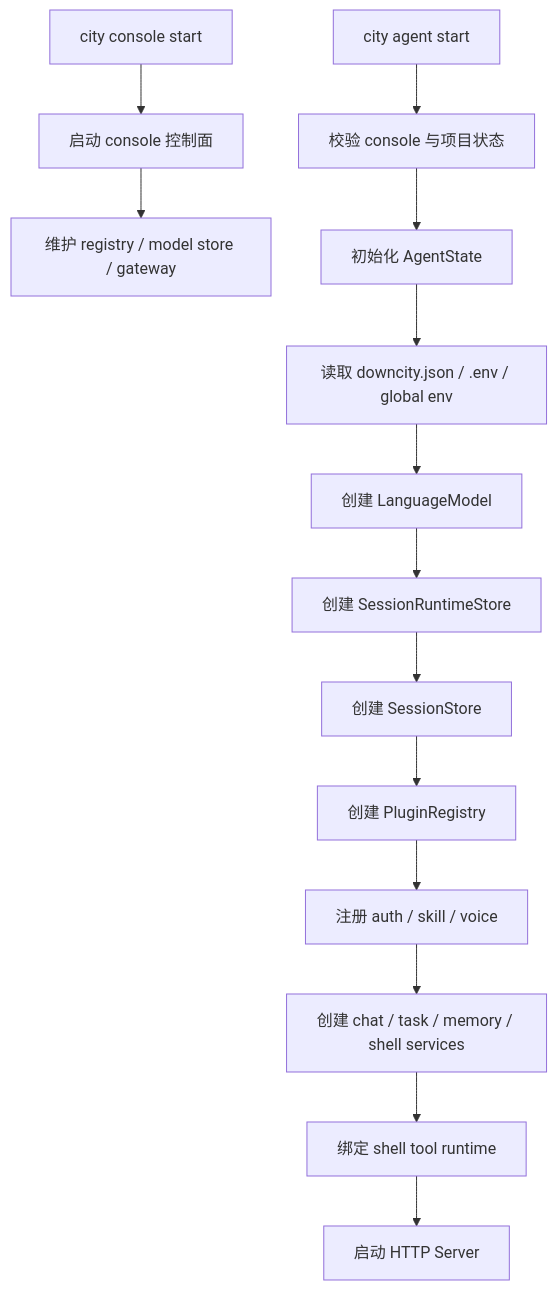
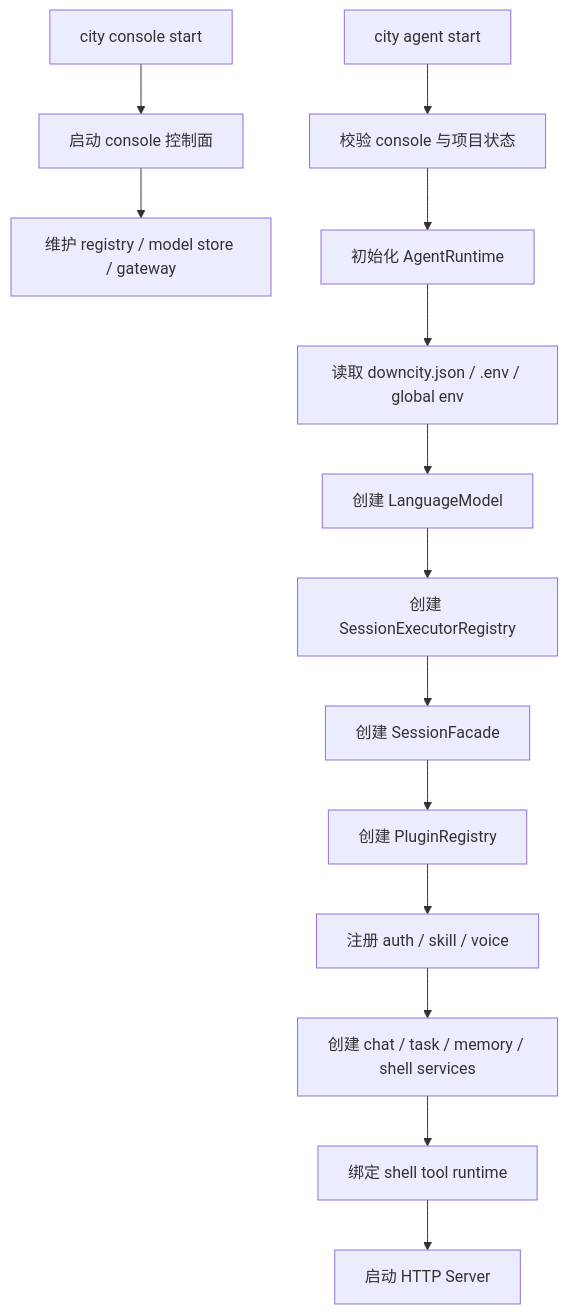
The second of 3 diagrams in homepage/content/devdocs/zh/package/runtime-and-services.mdx (wangenius/downcity), drawn with Mermaid before and after one commit. The commit also changed other lines of this file and 419 other files, not shown here.

````diff
--- a/homepage/content/devdocs/zh/package/runtime-and-services.mdx
+++ b/homepage/content/devdocs/zh/package/runtime-and-services.mdx
@@ -96,17 +96,17 @@
 ```mermaid
 flowchart TD
   A["city console start"] --> B["启动 console 控制面"]
   B --> C["维护 registry / model store / gateway"]
 
   D["city agent start"] --> E["校验 console 与项目状态"]
-  E --> F["初始化 AgentState"]
+  E --> F["初始化 AgentRuntime"]
   F --> G["读取 downcity.json / .env / global env"]
   G --> H["创建 LanguageModel"]
-  H --> I["创建 SessionRuntimeStore"]
-  I --> J["创建 SessionStore"]
+  H --> I["创建 SessionExecutorRegistry"]
+  I --> J["创建 SessionFacade"]
   J --> K["创建 PluginRegistry"]
   K --> L["注册 auth / skill / voice"]
   L --> M["创建 chat / task / memory / shell services"]
   M --> N["绑定 shell tool runtime"]
   N --> O["启动 HTTP Server"]
 ```
````
